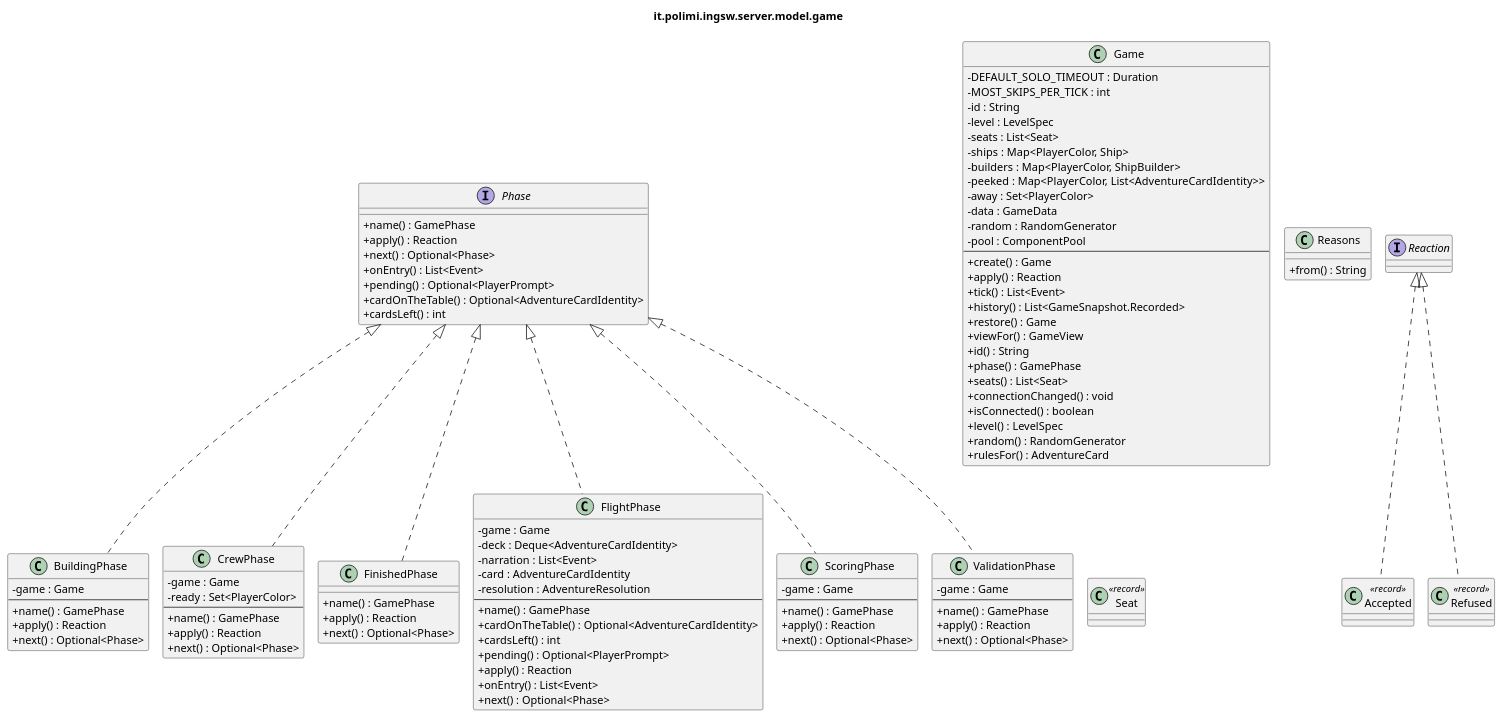
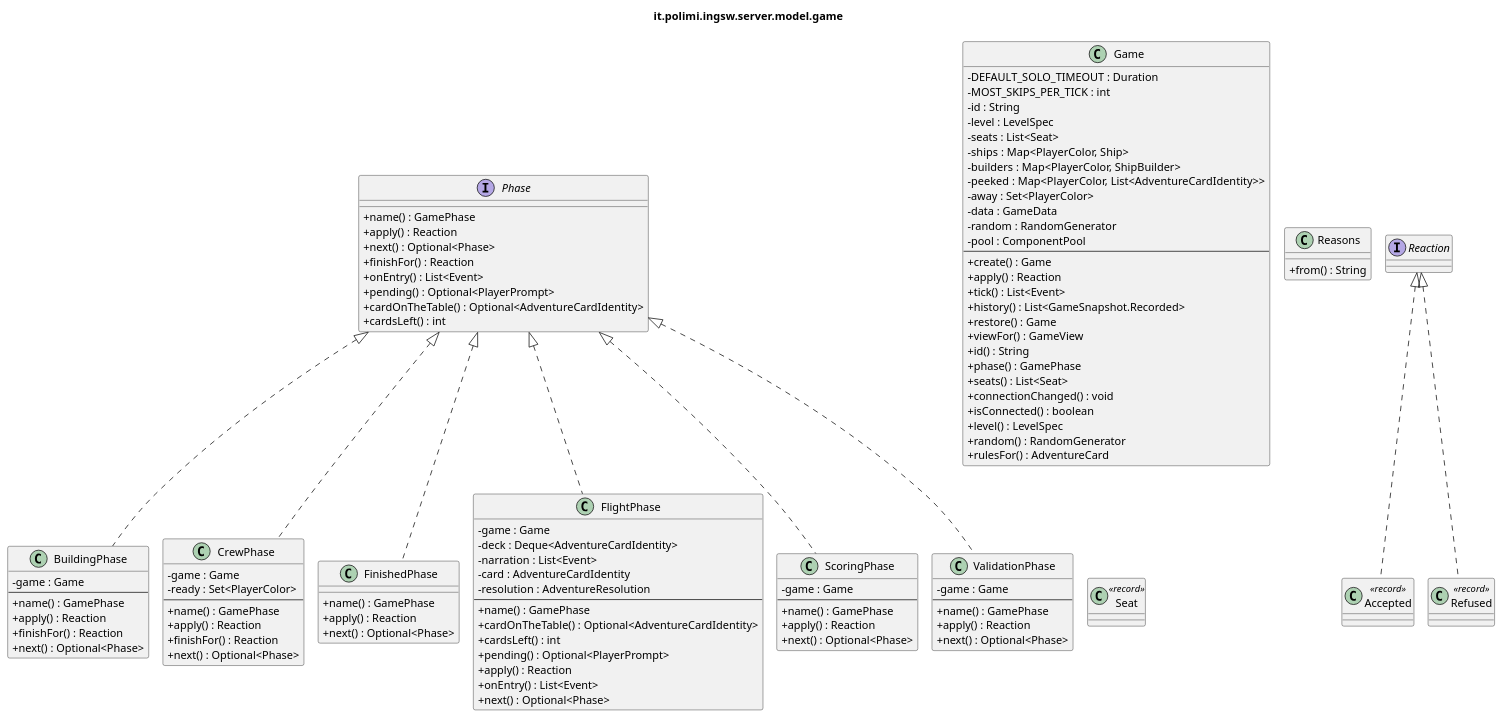
The diagram in docs/uml/detailed/server-model-game.puml (samuelesegrini/ing-sw-2025-segrini-terribile-varricchio-zanca), drawn with PlantUML before and after one commit. The commit also changed 17 other files, not shown here.

```diff
--- a/docs/uml/detailed/server-model-game.puml
+++ b/docs/uml/detailed/server-model-game.puml
@@ -1,115 +1,118 @@
 @startuml it_polimi_ingsw_server_model_game
 ' Generated by tools/uml/generate-detailed.py. Do not edit by hand.
 !pragma layout smetana
 skinparam shadowing false
 skinparam classAttributeIconSize 0
 title it.polimi.ingsw.server.model.game
 
 class BuildingPhase {
   -game : Game
   --
   +name() : GamePhase
   +apply() : Reaction
+  +finishFor() : Reaction
   +next() : Optional<Phase>
 }
 class CrewPhase {
   -game : Game
   -ready : Set<PlayerColor>
   --
   +name() : GamePhase
   +apply() : Reaction
+  +finishFor() : Reaction
   +next() : Optional<Phase>
 }
 class FinishedPhase {
   +name() : GamePhase
   +apply() : Reaction
   +next() : Optional<Phase>
 }
 class FlightPhase {
   -game : Game
   -deck : Deque<AdventureCardIdentity>
   -narration : List<Event>
   -card : AdventureCardIdentity
   -resolution : AdventureResolution
   --
   +name() : GamePhase
   +cardOnTheTable() : Optional<AdventureCardIdentity>
   +cardsLeft() : int
   +pending() : Optional<PlayerPrompt>
   +apply() : Reaction
   +onEntry() : List<Event>
   +next() : Optional<Phase>
 }
 class Game {
   -DEFAULT_SOLO_TIMEOUT : Duration
   -MOST_SKIPS_PER_TICK : int
   -id : String
   -level : LevelSpec
   -seats : List<Seat>
   -ships : Map<PlayerColor, Ship>
   -builders : Map<PlayerColor, ShipBuilder>
   -peeked : Map<PlayerColor, List<AdventureCardIdentity>>
   -away : Set<PlayerColor>
   -data : GameData
   -random : RandomGenerator
   -pool : ComponentPool
   --
   +create() : Game
   +apply() : Reaction
   +tick() : List<Event>
   +history() : List<GameSnapshot.Recorded>
   +restore() : Game
   +viewFor() : GameView
   +id() : String
   +phase() : GamePhase
   +seats() : List<Seat>
   +connectionChanged() : void
   +isConnected() : boolean
   +level() : LevelSpec
   +random() : RandomGenerator
   +rulesFor() : AdventureCard
 }
 interface Phase {
   +name() : GamePhase
   +apply() : Reaction
   +next() : Optional<Phase>
+  +finishFor() : Reaction
   +onEntry() : List<Event>
   +pending() : Optional<PlayerPrompt>
   +cardOnTheTable() : Optional<AdventureCardIdentity>
   +cardsLeft() : int
 }
 interface Reaction {
 }
 class Accepted <<record>> {
 }
 class Refused <<record>> {
 }
 class Reasons {
   +from() : String
 }
 class ScoringPhase {
   -game : Game
   --
   +name() : GamePhase
   +apply() : Reaction
   +next() : Optional<Phase>
 }
 class Seat <<record>> {
 }
 class ValidationPhase {
   -game : Game
   --
   +name() : GamePhase
   +apply() : Reaction
   +next() : Optional<Phase>
 }
 
 Phase <|.. BuildingPhase
 Phase <|.. CrewPhase
 Phase <|.. FinishedPhase
 Phase <|.. FlightPhase
 Reaction <|.. Accepted
 Reaction <|.. Refused
 Phase <|.. ScoringPhase
 Phase <|.. ValidationPhase
 @enduml
```
